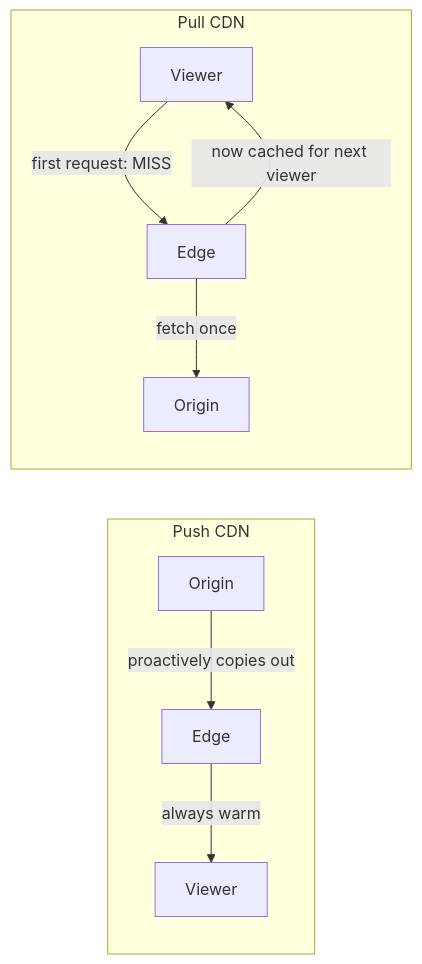
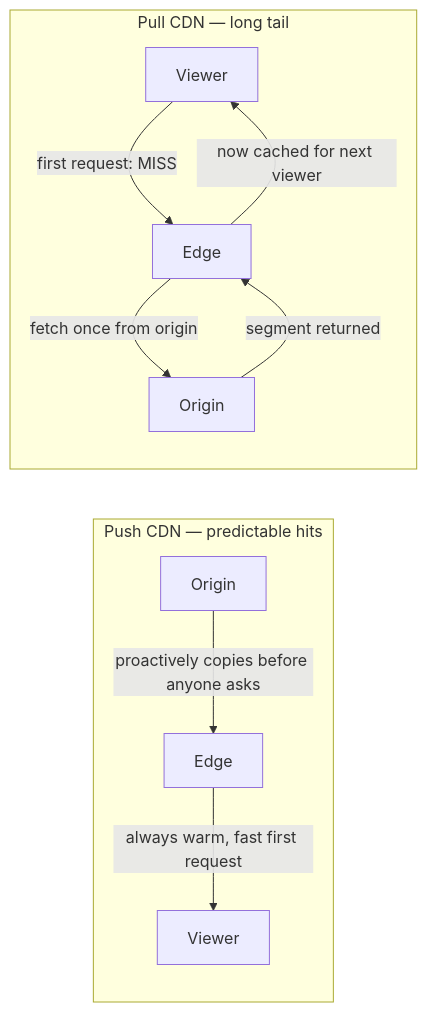
The tenth of 25 diagrams in system-design/HLD/0-course/26-Design YouTube-FAANG-Guide-story.md (riyaz-pasha/Learnings), drawn with Mermaid before and after one commit. The commit also changed other lines of this file and 1 other file, not shown here.

Commit message:
docs: simplify language and clean up mermaid diagrams in YouTube design guide

````diff
--- a/system-design/HLD/0-course/26-Design YouTube-FAANG-Guide-story.md
+++ b/system-design/HLD/0-course/26-Design YouTube-FAANG-Guide-story.md
@@ -203,12 +386,14 @@
 ```mermaid
 flowchart LR
-    subgraph Push["Push CDN"]
-        O1[Origin] -->|proactively copies out| E1[Edge]
-        E1 -->|always warm| U1[Viewer]
+    subgraph Push["Push CDN — predictable hits"]
+        O1["Origin"] -->|proactively copies before anyone asks| E1["Edge"]
+        E1 -->|always warm, fast first request| U1["Viewer"]
     end
-    subgraph Pull["Pull CDN"]
-        U2[Viewer] -->|first request: MISS| E2[Edge]
-        E2 -->|fetch once| O2[Origin]
+
+    subgraph Pull["Pull CDN — long tail"]
+        U2["Viewer"] -->|first request: MISS| E2["Edge"]
+        E2 -->|fetch once from origin| O2["Origin"]
+        O2 -->|segment returned| E2
         E2 -->|now cached for next viewer| U2
     end
 ```
````
